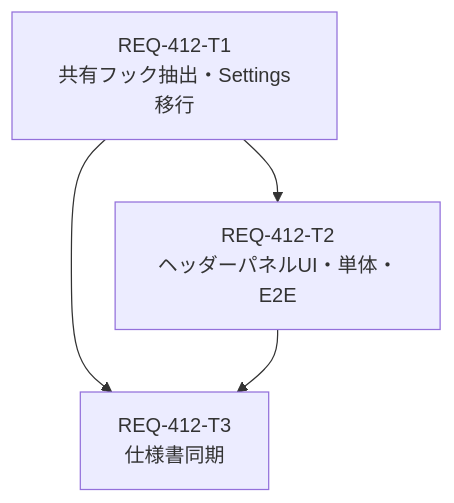
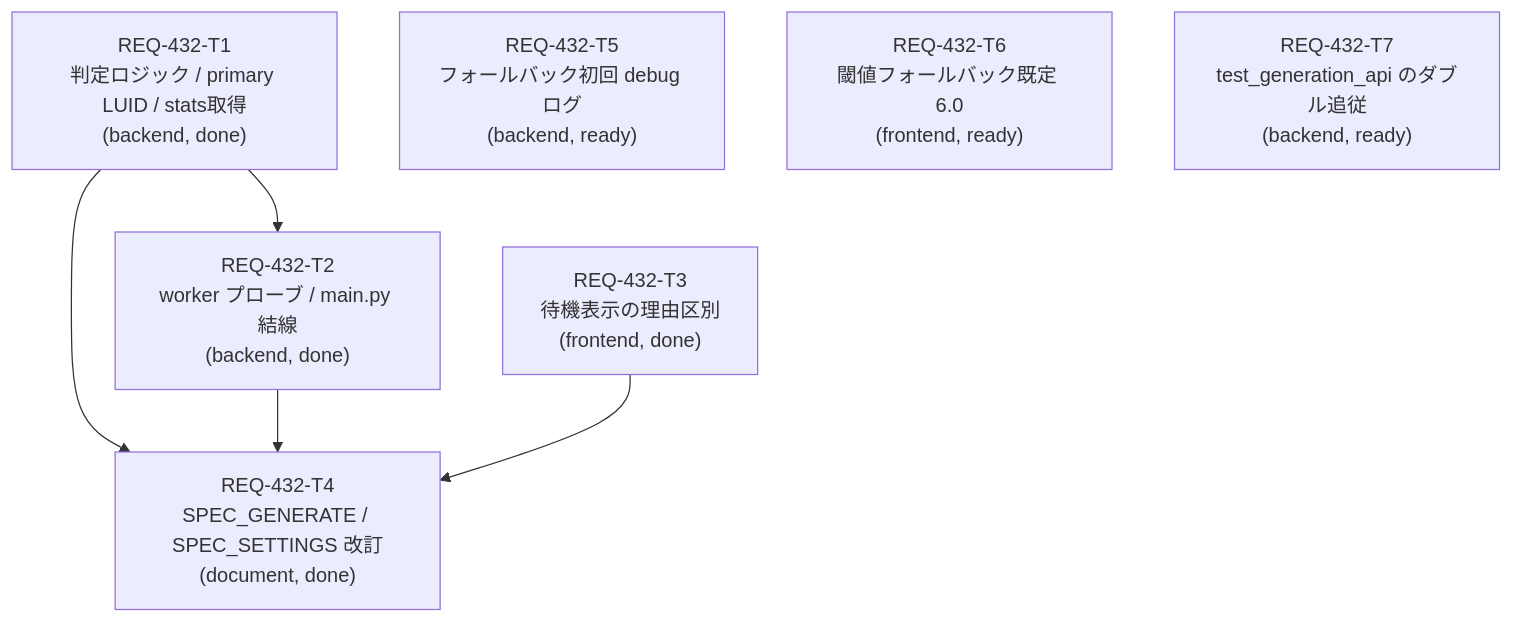
Before and after one commit to TAKE4548/comfy-create-helper2: the diagram in implementation_plan.md, drawn with Mermaid. The commit also changed other lines of this file and 29 other files, not shown here.

````diff
--- a/implementation_plan.md
+++ b/implementation_plan.md
@@ -36,6 +60,10 @@
 ```mermaid
 graph TD
-  T1["REQ-412-T1<br/>共有フック抽出・Settings移行"] --> T2["REQ-412-T2<br/>ヘッダーパネルUI・単体・E2E"]
-  T1 --> T3["REQ-412-T3<br/>仕様書同期"]
-  T2 --> T3
+  T1["REQ-432-T1<br/>判定ロジック / primary LUID / stats取得<br/>(backend, done)"] --> T2["REQ-432-T2<br/>worker プローブ / main.py 結線<br/>(backend, done)"]
+  T1 --> T4["REQ-432-T4<br/>SPEC_GENERATE / SPEC_SETTINGS 改訂<br/>(document, done)"]
+  T2 --> T4
+  T3["REQ-432-T3<br/>待機表示の理由区別<br/>(frontend, done)"] --> T4
+  T5["REQ-432-T5<br/>フォールバック初回 debug ログ<br/>(backend, ready)"]
+  T6["REQ-432-T6<br/>閾値フォールバック既定 6.0<br/>(frontend, ready)"]
+  T7["REQ-432-T7<br/>test_generation_api のダブル追従<br/>(backend, ready)"]
 ```
````
